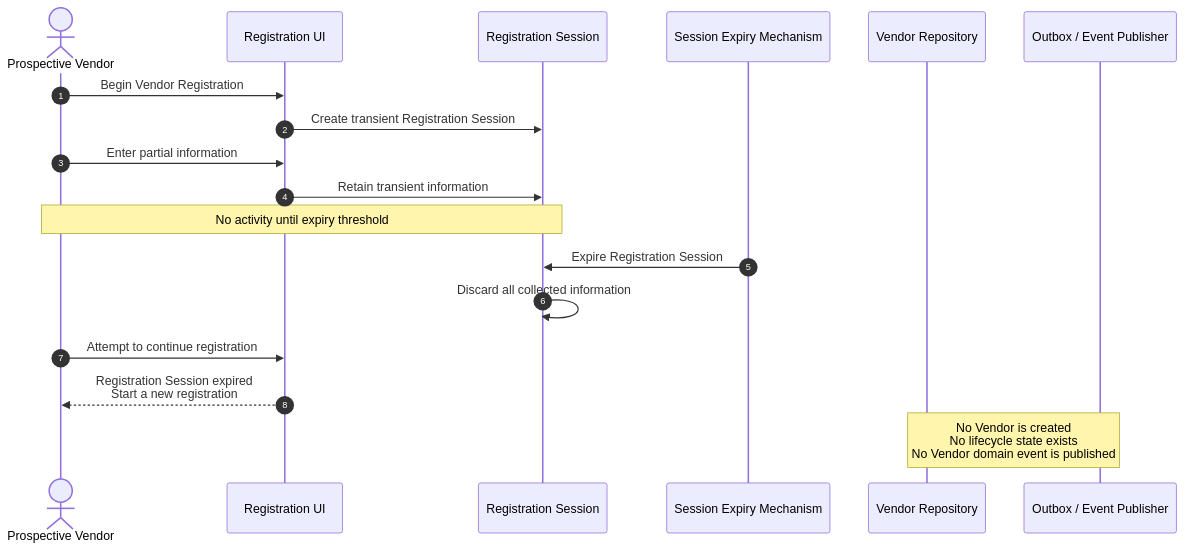
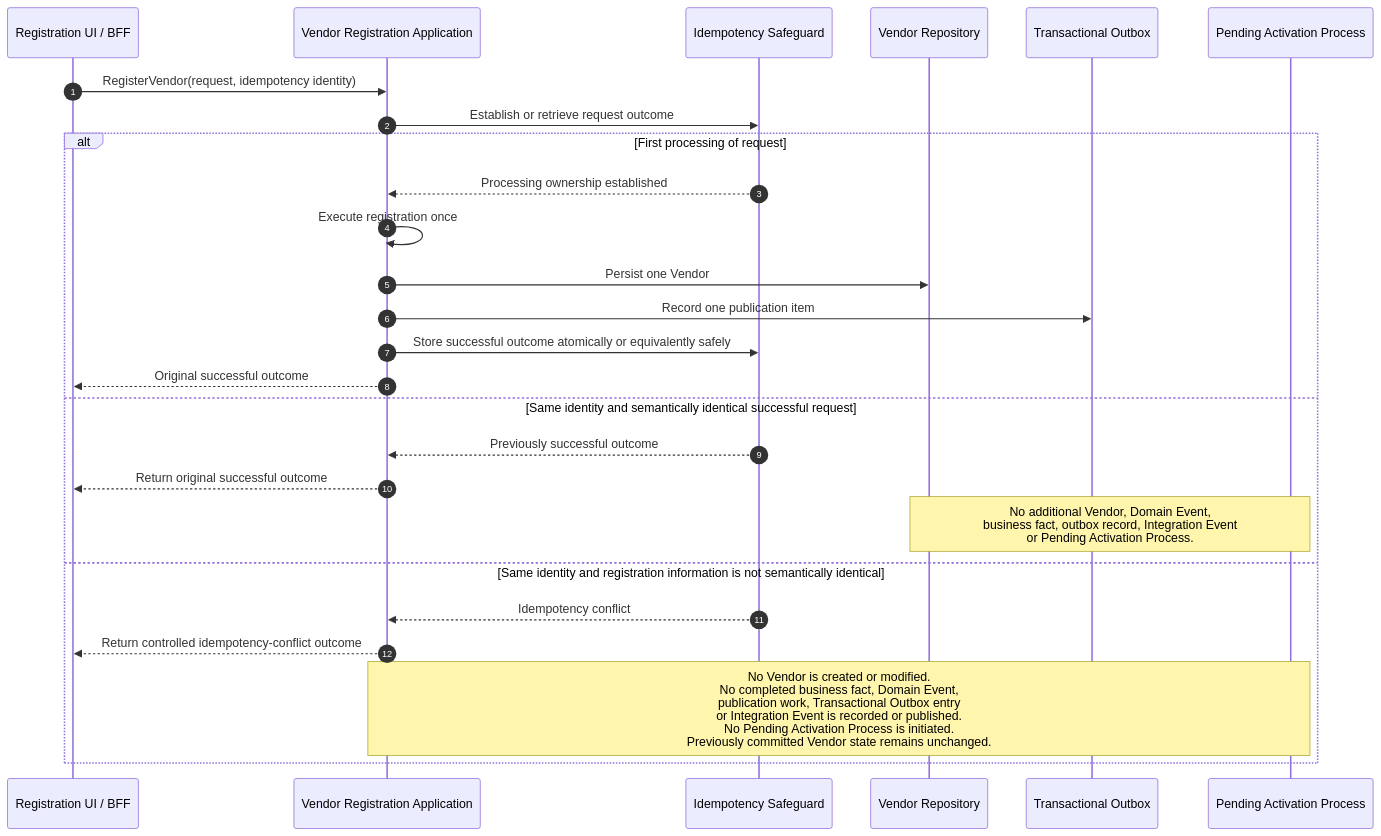
The fourth of 7 diagrams in docs/architecture/HJ-105 - Vendor Registration Sequence Diagram.md (Joasties/HotJoes), drawn with Mermaid before and after one commit. The commit also changed other lines of this file and 20 other files, not shown here.

Commit message:
docs amended: establish approved Vendor Registration architecture baseline

````diff
--- a/docs/architecture/HJ-105 - Vendor Registration Sequence Diagram.md
+++ b/docs/architecture/HJ-105 - Vendor Registration Sequence Diagram.md
@@ -256,26 +333,30 @@
 ```mermaid
 sequenceDiagram
     autonumber
+    participant Client as Registration UI / BFF
+    participant Application as Vendor Registration Application
+    participant Idempotency as Idempotency Safeguard
+    participant Repository as Vendor Repository
+    participant Outbox as Transactional Outbox
+    participant Pending as Pending Activation Process
 
-    actor Applicant as Prospective Vendor
-    participant UI as Registration UI
-    participant Session as Registration Session
-    participant Expiry as Session Expiry Mechanism
-    participant Repository as Vendor Repository
-    participant Outbox as Outbox / Event Publisher
+    Client->>Application: RegisterVendor(request, idempotency identity)
+    Application->>Idempotency: Establish or retrieve request outcome
 
-    Applicant->>UI: Begin Vendor Registration
-    UI->>Session: Create transient Registration Session
-    Applicant->>UI: Enter partial information
-    UI->>Session: Retain transient information
-
-    Note over Applicant,Session: No activity until expiry threshold
-
-    Expiry->>Session: Expire Registration Session
-    Session->>Session: Discard all collected information
-
-    Applicant->>UI: Attempt to continue registration
-    UI-->>Applicant: Registration Session expired<br/>Start a new registration
-
-    Note over Repository,Outbox: No Vendor is created<br/>No lifecycle state exists<br/>No Vendor domain event is published
+    alt First processing of request
+        Idempotency-->>Application: Processing ownership established
+        Application->>Application: Execute registration once
+        Application->>Repository: Persist one Vendor
+        Application->>Outbox: Record one publication item
+        Application->>Idempotency: Store successful outcome atomically or equivalently safely
+        Application-->>Client: Original successful outcome
+    else Same identity and semantically identical successful request
+        Idempotency-->>Application: Previously successful outcome
+        Application-->>Client: Return original successful outcome
+        Note over Repository,Pending: No additional Vendor, Domain Event,<br/>business fact, outbox record, Integration Event<br/>or Pending Activation Process.
+    else Same identity and registration information is not semantically identical
+        Idempotency-->>Application: Idempotency conflict
+        Application-->>Client: Return controlled idempotency-conflict outcome
+        Note over Application,Pending: No Vendor is created or modified.<br/>No completed business fact, Domain Event,<br/>publication work, Transactional Outbox entry<br/>or Integration Event is recorded or published.<br/>No Pending Activation Process is initiated.<br/>Previously committed Vendor state remains unchanged.
+    end
 ```
````
